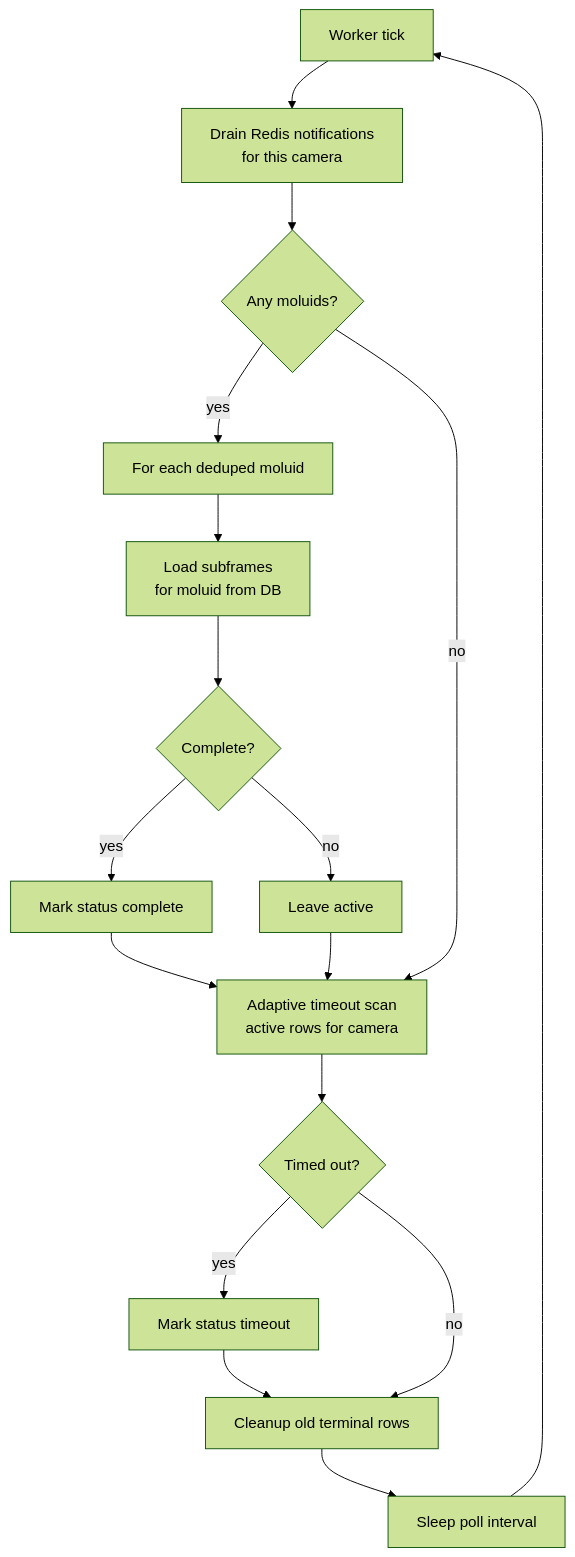
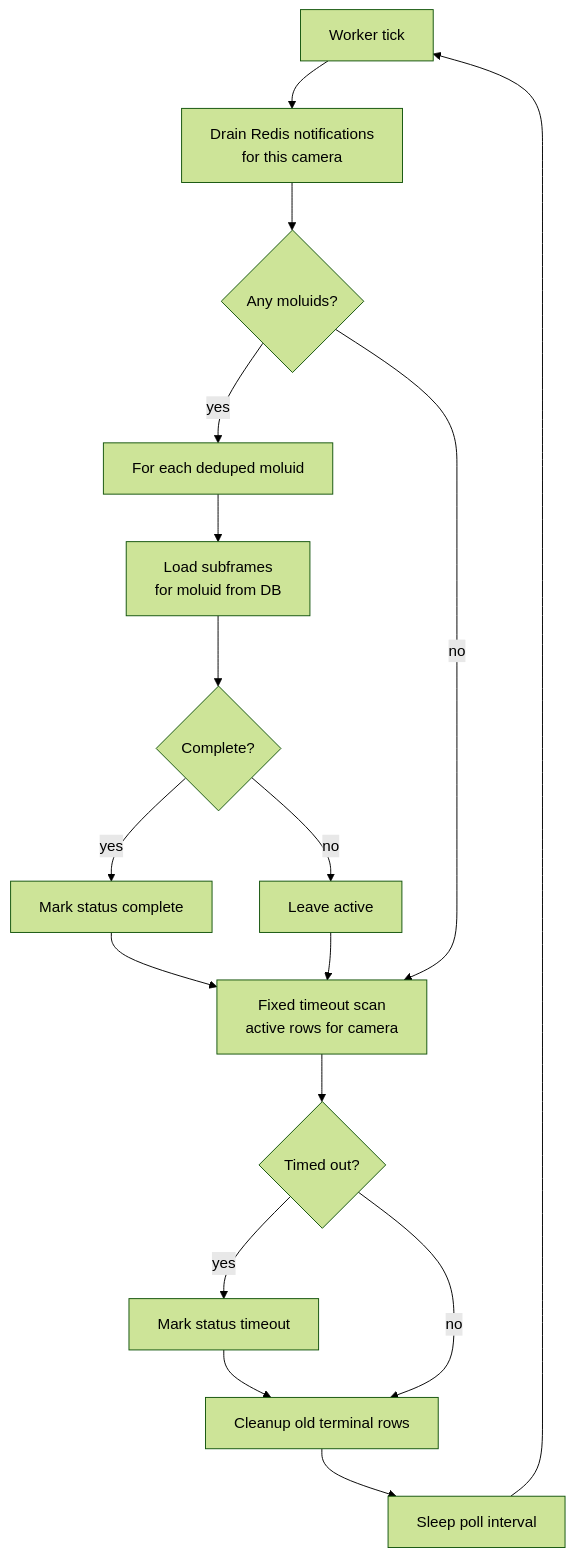
One commit to LCOGT/banzai changed the third of 3 diagrams in docs/smartstacking_architecture.md. Above: the diagram before and after it, drawn with Mermaid (forest theme). The commit also changed other lines of this file and 5 other files, not shown here.

````diff
--- a/docs/smartstacking_architecture.md
+++ b/docs/smartstacking_architecture.md
@@ -157,26 +154,26 @@
 ```mermaid
 flowchart TD
     tick["Worker tick"]
     drain["Drain Redis notifications<br/>for this camera"]
     any_notify{"Any moluids?"}
     each["For each deduped moluid"]
     load["Load subframes<br/>for moluid from DB"]
     complete{"Complete?"}
     mark_complete["Mark status complete"]
     keep_active["Leave active"]
-    sweep["Adaptive timeout scan<br/>active rows for camera"]
+    sweep["Fixed timeout scan<br/>active rows for camera"]
     timed_out{"Timed out?"}
     mark_timeout["Mark status timeout"]
     cleanup["Cleanup old terminal rows"]
     sleep["Sleep poll interval"]
 
     tick --> drain --> any_notify
     any_notify -- "yes" --> each --> load --> complete
     complete -- "yes" --> mark_complete --> sweep
     complete -- "no" --> keep_active --> sweep
     any_notify -- "no" --> sweep
     sweep --> timed_out
     timed_out -- "yes" --> mark_timeout --> cleanup
     timed_out -- "no" --> cleanup
     cleanup --> sleep --> tick
 ```
````
